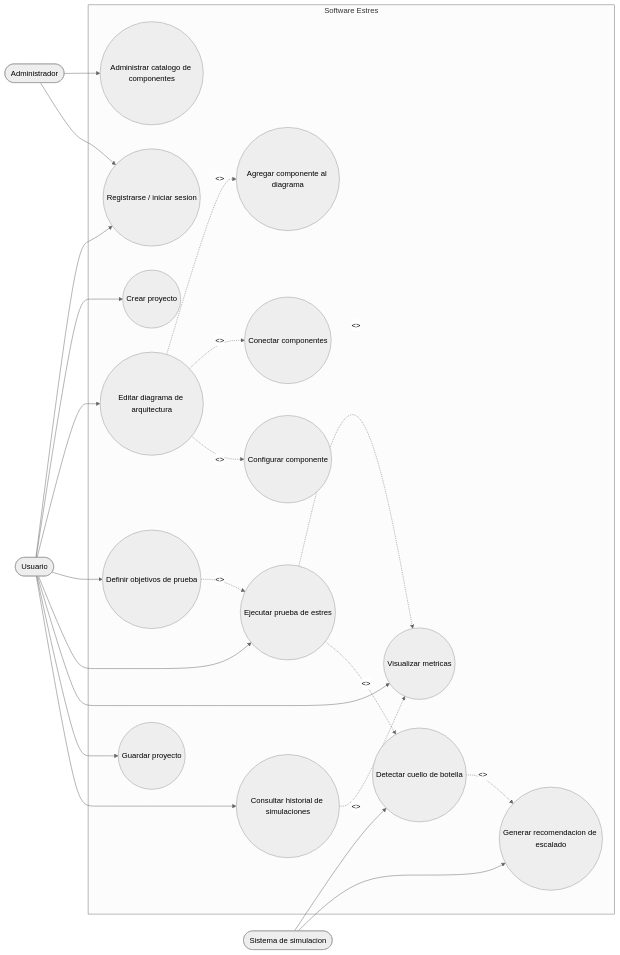
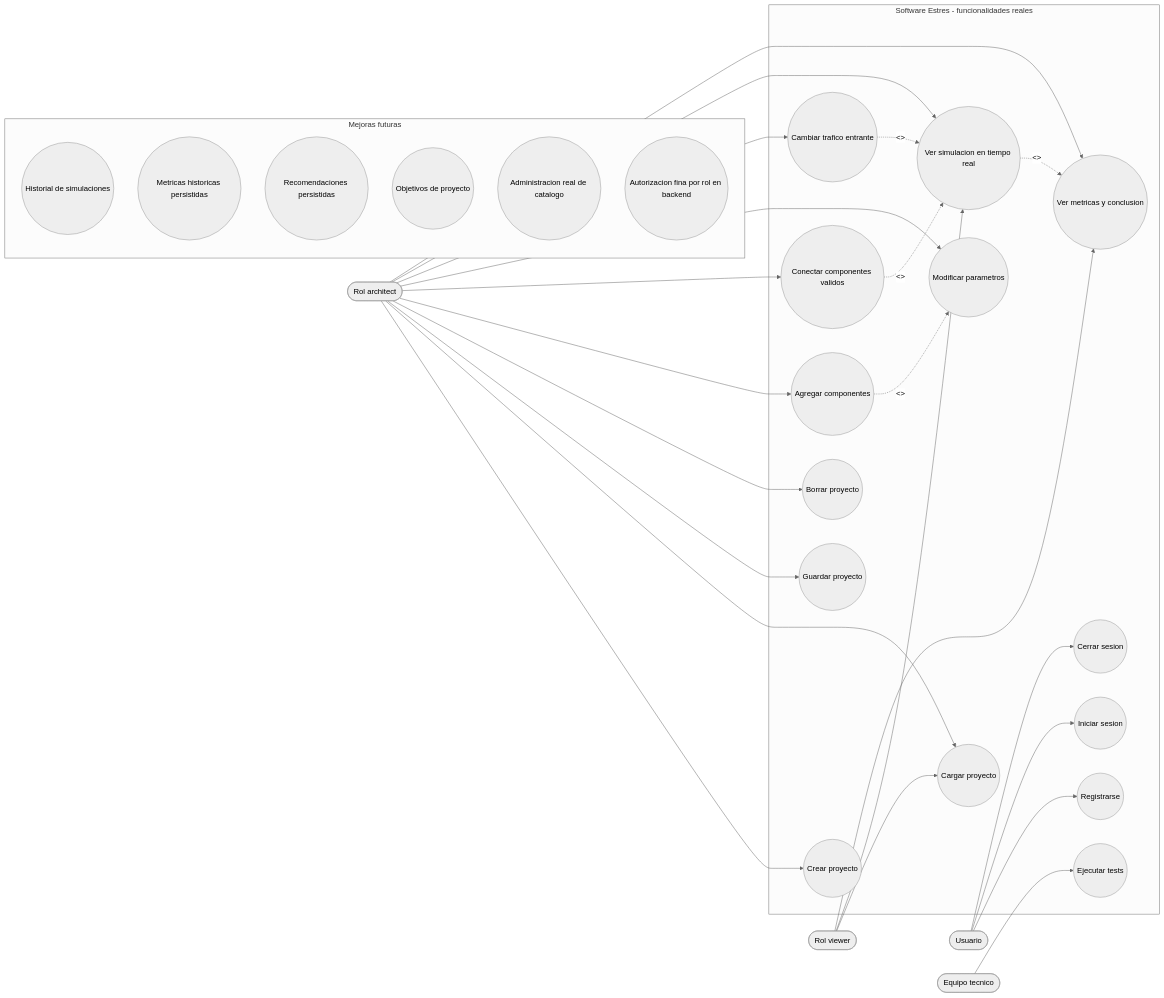
The diagram in docs/diagrams/use-case-diagram.mmd (UCH-LDS-2026/grupo-09), drawn with Mermaid (neutral theme) before and after one commit. The commit also changed 2 other files, not shown here.

Commit message:
Actualiza documentacion de diagramas TP5

```diff
--- a/docs/diagrams/use-case-diagram.mmd
+++ b/docs/diagrams/use-case-diagram.mmd
@@ -1,47 +1,57 @@
 flowchart LR
     user([Usuario])
-    admin([Administrador])
-    system([Sistema de simulacion])
+    viewer([Rol viewer])
+    architect([Rol architect])
+    tests([Equipo tecnico])
 
-    subgraph app[Software Estres]
-        UC1((Registrarse / iniciar sesion))
-        UC2((Crear proyecto))
-        UC3((Editar diagrama de arquitectura))
-        UC4((Agregar componente al diagrama))
-        UC5((Conectar componentes))
-        UC6((Configurar componente))
-        UC7((Definir objetivos de prueba))
-        UC8((Ejecutar prueba de estres))
-        UC9((Visualizar metricas))
-        UC10((Detectar cuello de botella))
-        UC11((Generar recomendacion de escalado))
-        UC12((Guardar proyecto))
-        UC13((Consultar historial de simulaciones))
-        UC14((Administrar catalogo de componentes))
+    subgraph app[Software Estres - funcionalidades reales]
+        UC1((Registrarse))
+        UC2((Iniciar sesion))
+        UC3((Cerrar sesion))
+        UC4((Crear proyecto))
+        UC5((Cargar proyecto))
+        UC6((Guardar proyecto))
+        UC7((Borrar proyecto))
+        UC8((Agregar componentes))
+        UC9((Conectar componentes validos))
+        UC10((Modificar parametros))
+        UC11((Cambiar trafico entrante))
+        UC12((Ver simulacion en tiempo real))
+        UC13((Ver metricas y conclusion))
+        UC14((Ejecutar tests))
+    end
+
+    subgraph future[Mejoras futuras]
+        F1((Historial de simulaciones))
+        F2((Metricas historicas persistidas))
+        F3((Recomendaciones persistidas))
+        F4((Objetivos de proyecto))
+        F5((Administracion real de catalogo))
+        F6((Autorizacion fina por rol en backend))
     end
 
     user --> UC1
     user --> UC2
     user --> UC3
-    user --> UC7
-    user --> UC8
-    user --> UC9
-    user --> UC12
-    user --> UC13
 
-    admin --> UC14
-    admin --> UC1
+    viewer --> UC5
+    viewer --> UC12
+    viewer --> UC13
 
-    system --> UC10
-    system --> UC11
+    architect --> UC4
+    architect --> UC5
+    architect --> UC6
+    architect --> UC7
+    architect --> UC8
+    architect --> UC9
+    architect --> UC10
+    architect --> UC11
+    architect --> UC12
+    architect --> UC13
 
-    UC3 -. "<<include>>" .-> UC4
-    UC3 -. "<<include>>" .-> UC5
-    UC3 -. "<<include>>" .-> UC6
+    tests --> UC14
 
-    UC8 -. "<<include>>" .-> UC9
     UC8 -. "<<include>>" .-> UC10
-
-    UC10 -. "<<extend>>" .-> UC11
-    UC7 -. "<<extend>>" .-> UC8
-    UC13 -. "<<include>>" .-> UC9
+    UC9 -. "<<include>>" .-> UC12
+    UC11 -. "<<include>>" .-> UC12
+    UC12 -. "<<include>>" .-> UC13
```
